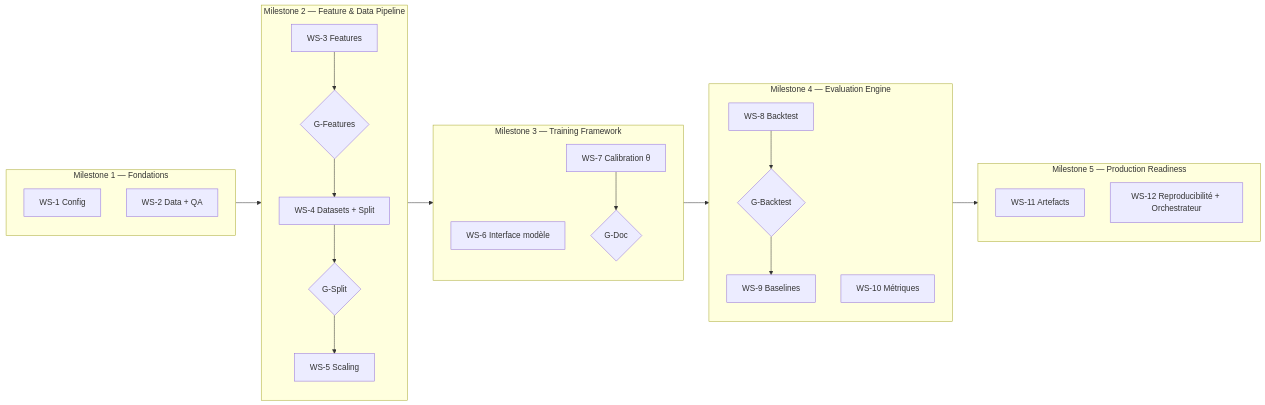
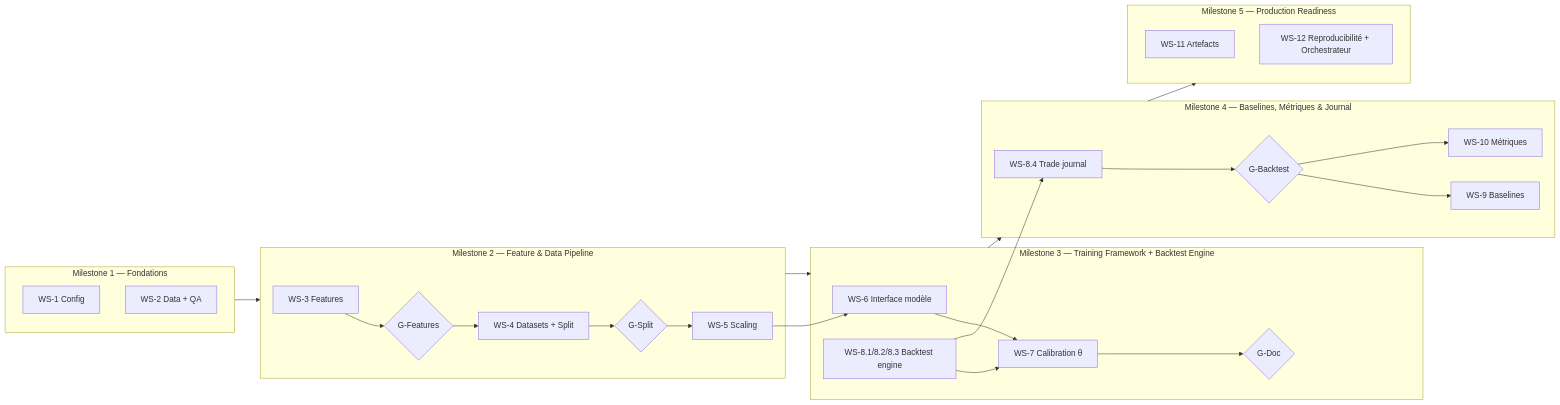
The first of 3 diagrams in docs/plan/implementation.md (Nexgear75/ai_trading_agent), drawn with Mermaid before and after one commit. The commit also changed other lines of this file and 27 other files, not shown here.

````diff
--- a/docs/plan/implementation.md
+++ b/docs/plan/implementation.md
@@ -35,34 +36,40 @@
 ```mermaid
 flowchart LR
   subgraph M1["Milestone 1 — Fondations"]
     WS1[WS-1 Config]
     WS2[WS-2 Data + QA]
   end
   subgraph M2["Milestone 2 — Feature & Data Pipeline"]
     WS3[WS-3 Features]
     GF{G-Features}
     WS4[WS-4 Datasets + Split]
     GS{G-Split}
     WS5[WS-5 Scaling]
   end
-  subgraph M3["Milestone 3 — Training Framework"]
+  subgraph M3["Milestone 3 — Training Framework + Backtest Engine"]
     WS6[WS-6 Interface modèle]
     WS7[WS-7 Calibration θ]
+    WS8a[WS-8.1/8.2/8.3 Backtest engine]
     GD{G-Doc}
   end
-  subgraph M4["Milestone 4 — Evaluation Engine"]
-    WS8[WS-8 Backtest]
+  subgraph M4["Milestone 4 — Baselines, Métriques & Journal"]
+    WS8b[WS-8.4 Trade journal]
     GB{G-Backtest}
     WS9[WS-9 Baselines]
     WS10[WS-10 Métriques]
   end
   subgraph M5["Milestone 5 — Production Readiness"]
     WS11[WS-11 Artefacts]
     WS12[WS-12 Reproducibilité + Orchestrateur]
   end
   WS3 --> GF --> WS4
   WS4 --> GS --> WS5
-  WS8 --> GB --> WS9
+  WS5 --> WS6
+  WS6 --> WS7
+  WS8a --> WS7
+  WS8a --> WS8b
+  WS8b --> GB --> WS9
+  GB --> WS10
   WS7 --> GD
   M1 --> M2 --> M3 --> M4 --> M5
 ```
````
